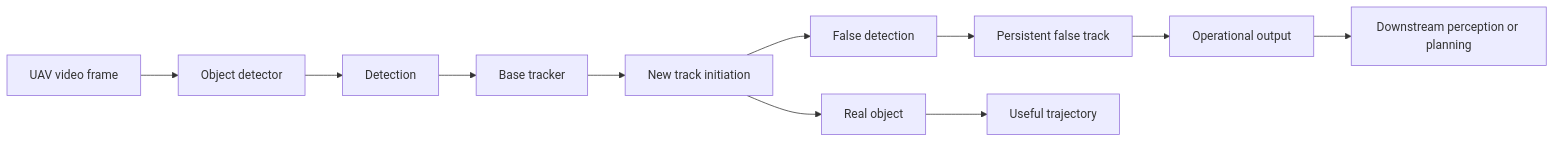
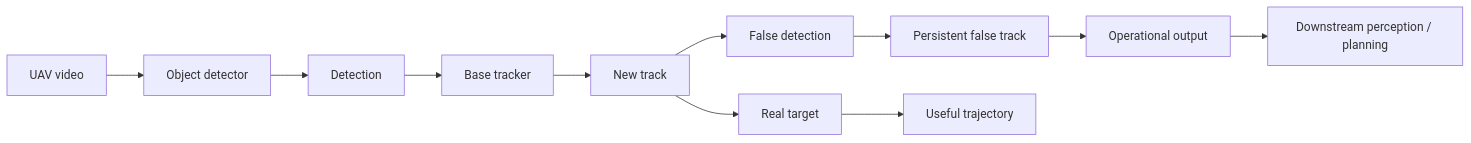
Before and after one commit to lebedeffson/Defense4UAVSwarm: the first of 6 diagrams in README.md, drawn with Mermaid. The commit also changed other lines of this file and 5 other files, not shown here.

````diff
--- a/README.md
+++ b/README.md
@@ -31,13 +35,13 @@
 ```mermaid
 flowchart LR
-    A[UAV video frame] --> B[Object detector]
+    A[UAV video] --> B[Object detector]
     B --> C[Detection]
     C --> D[Base tracker]
-    D --> E[New track initiation]
-    E --> F[Real object]
+    D --> E[New track]
+    E --> F[Real target]
     E --> G[False detection]
     G --> H[Persistent false track]
     H --> I[Operational output]
-    I --> J[Downstream perception or planning]
+    I --> J[Downstream perception / planning]
     F --> K[Useful trajectory]
 ```
````
